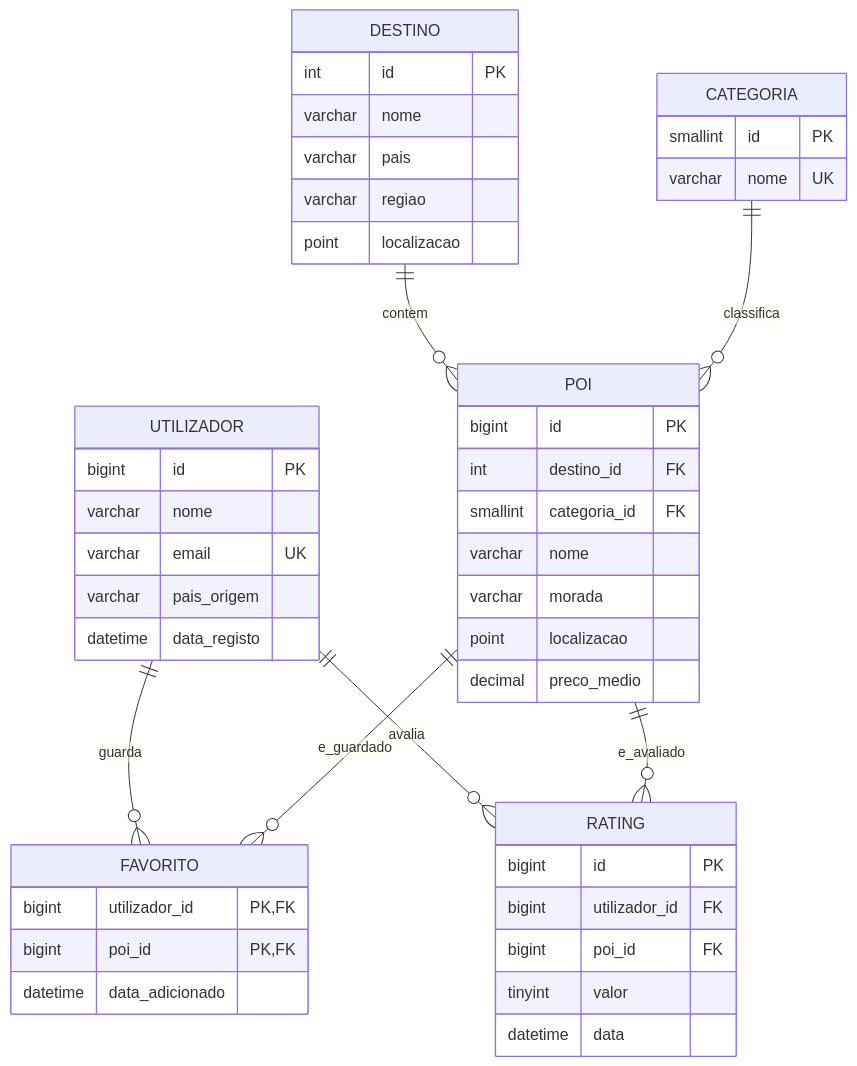
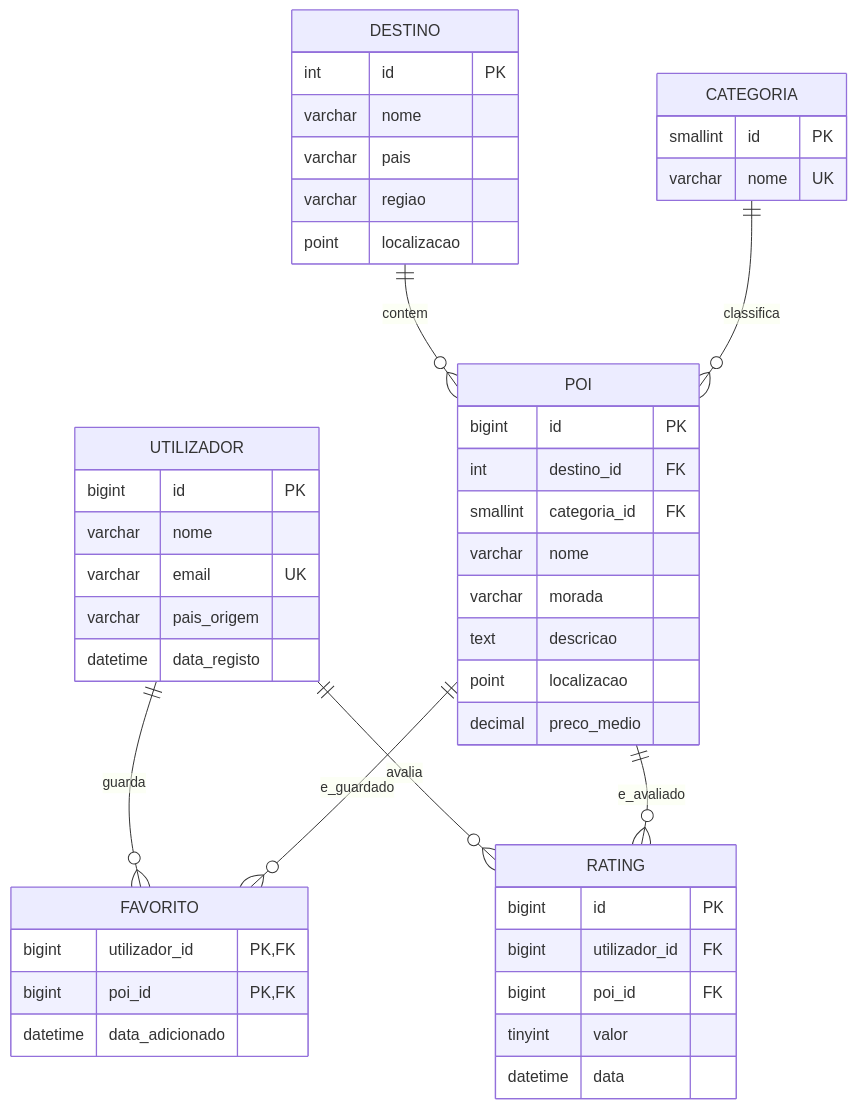
One commit to 1231478-Ellah-Fleischmann/Class-M1A_Group-10-TABDD changed the diagram in docs/parte1/mysql_er.md. Above: the diagram before and after it, drawn with Mermaid. The commit also changed other lines of this file and 6 other files, not shown here.

````diff
--- a/docs/parte1/mysql_er.md
+++ b/docs/parte1/mysql_er.md
@@ -3,49 +3,50 @@
 ```mermaid
 erDiagram
   DESTINO    ||--o{ POI       : contem
   CATEGORIA  ||--o{ POI       : classifica
   UTILIZADOR ||--o{ FAVORITO  : guarda
   POI        ||--o{ FAVORITO  : e_guardado
   UTILIZADOR ||--o{ RATING    : avalia
   POI        ||--o{ RATING    : e_avaliado
 
   UTILIZADOR {
     bigint id PK
     varchar nome
     varchar email UK
     varchar pais_origem
     datetime data_registo
   }
   DESTINO {
     int id PK
     varchar nome
     varchar pais
     varchar regiao
     point localizacao
   }
   CATEGORIA {
     smallint id PK
     varchar nome UK
   }
   POI {
     bigint id PK
     int destino_id FK
     smallint categoria_id FK
     varchar nome
     varchar morada
+    text descricao
     point localizacao
     decimal preco_medio
   }
   FAVORITO {
     bigint utilizador_id PK, FK
     bigint poi_id PK, FK
     datetime data_adicionado
   }
   RATING {
     bigint id PK
     bigint utilizador_id FK
     bigint poi_id FK
     tinyint valor
     datetime data
   }
 ```
````
